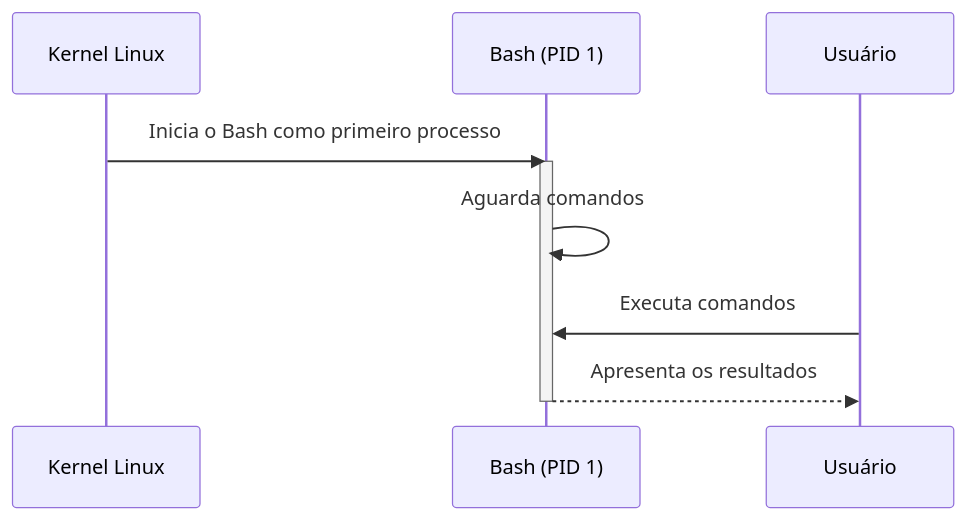
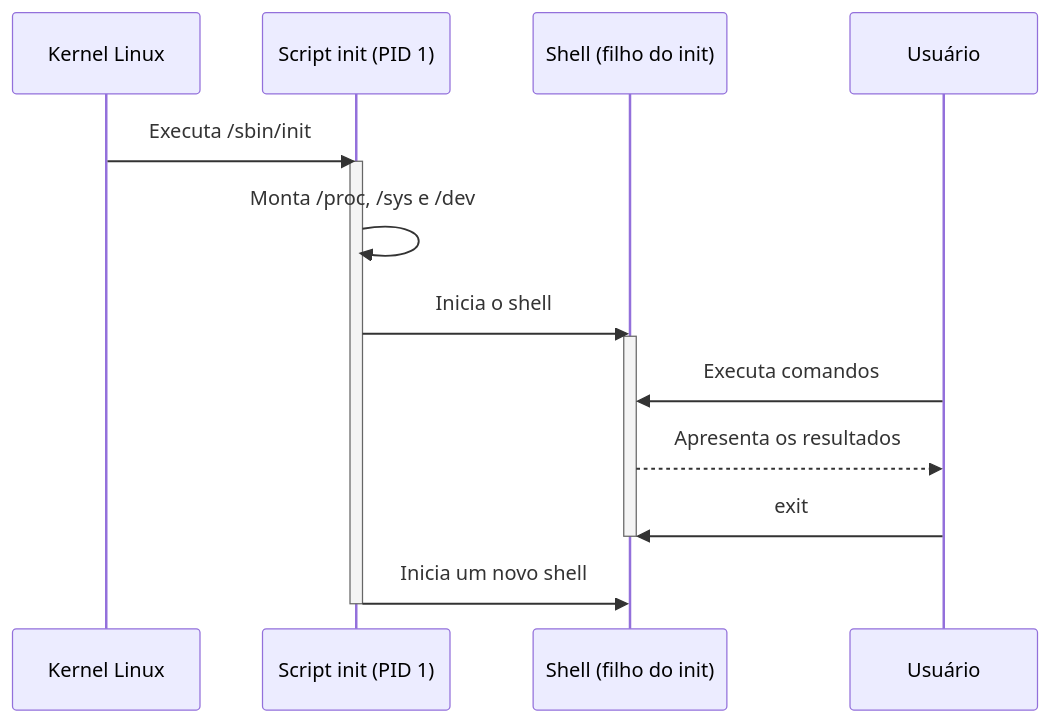
Before and after one commit to FelpzzzEX/LecOS: the second of 5 diagrams in Sistema_Principal/Modulo 3 - Processos/7-Init_System.md, drawn with Mermaid. The commit also changed other lines of this file and 7 other files, not shown here.

````diff
--- a/Sistema_Principal/Modulo 3 - Processos/7-Init_System.md
+++ b/Sistema_Principal/Modulo 3 - Processos/7-Init_System.md
@@ -39,13 +42,19 @@
 ```mermaid
 sequenceDiagram
     participant K as Kernel Linux
-    participant B as Bash (PID 1)
+    participant I as Script init (PID 1)
+    participant B as Shell (filho do init)
     participant U as Usuário
 
-    K->>B: Inicia o Bash como primeiro processo
+    K->>I: Executa /sbin/init
+    activate I
+    I->>I: Monta /proc, /sys e /dev
+    I->>B: Inicia o shell
     activate B
-    B->>B: Aguarda comandos
     U->>B: Executa comandos
     B-->>U: Apresenta os resultados
+    U->>B: exit
     deactivate B
+    I->>B: Inicia um novo shell
+    deactivate I
 ```
````
